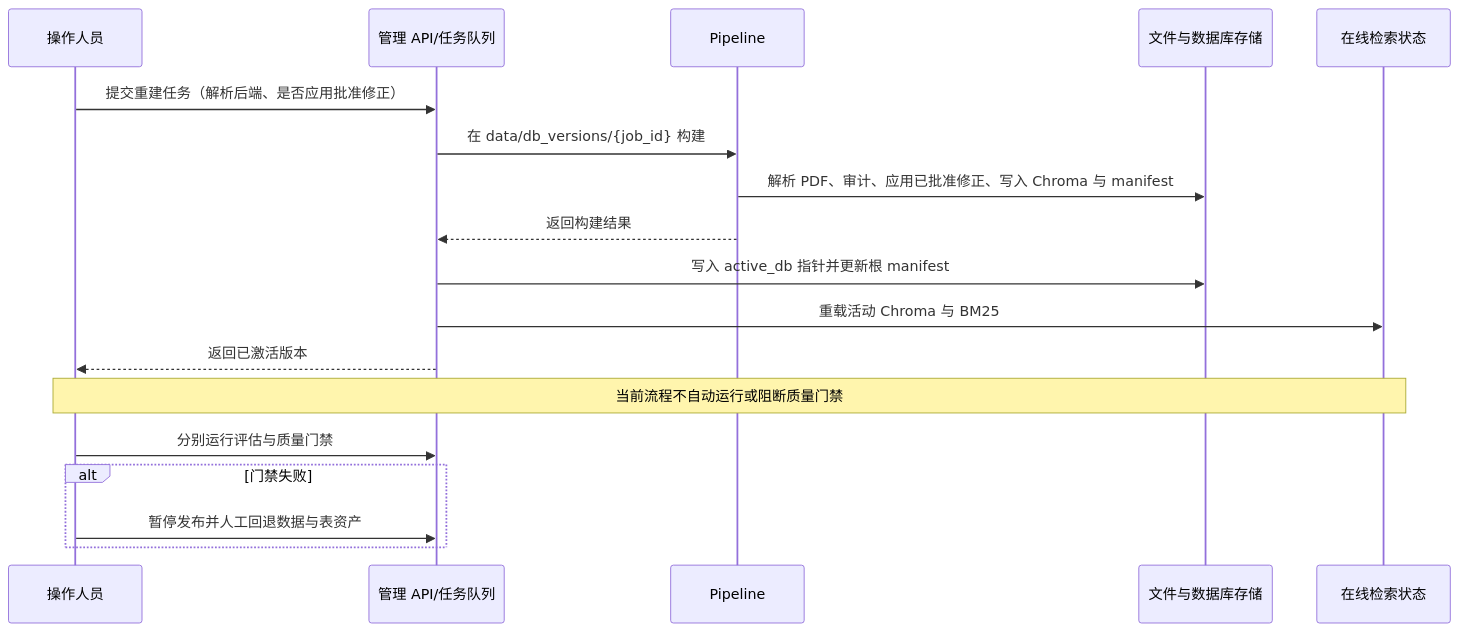
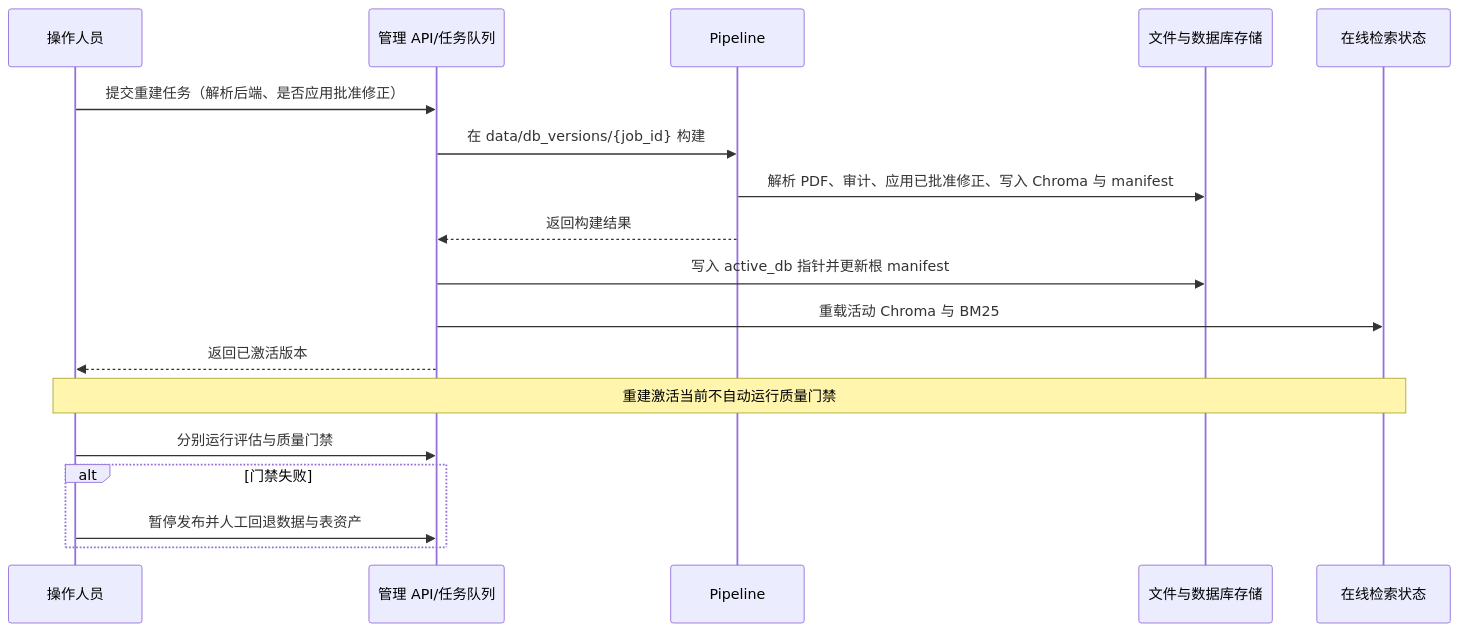
One commit to xiaochongshanww/Portfolio changed the second of 4 diagrams in 结构设计规范知识库/docs/architecture/系统详细设计.md. Above: the diagram before and after it, drawn with Mermaid. The commit also changed other lines of this file and 18 other files, not shown here.

````diff
--- a/结构设计规范知识库/docs/architecture/系统详细设计.md
+++ b/结构设计规范知识库/docs/architecture/系统详细设计.md
@@ -105,20 +105,20 @@
 ```mermaid
 sequenceDiagram
     participant O as 操作人员
     participant A as 管理 API/任务队列
     participant P as Pipeline
     participant S as 文件与数据库存储
     participant R as 在线检索状态
     O->>A: 提交重建任务（解析后端、是否应用批准修正）
     A->>P: 在 data/db_versions/{job_id} 构建
     P->>S: 解析 PDF、审计、应用已批准修正、写入 Chroma 与 manifest
     P-->>A: 返回构建结果
     A->>S: 写入 active_db 指针并更新根 manifest
     A->>R: 重载活动 Chroma 与 BM25
     A-->>O: 返回已激活版本
-    Note over O,R: 当前流程不自动运行或阻断质量门禁
+    Note over O,R: 重建激活当前不自动运行质量门禁
     O->>A: 分别运行评估与质量门禁
     alt 门禁失败
         O->>A: 暂停发布并人工回退数据与表资产
     end
 ```
````
